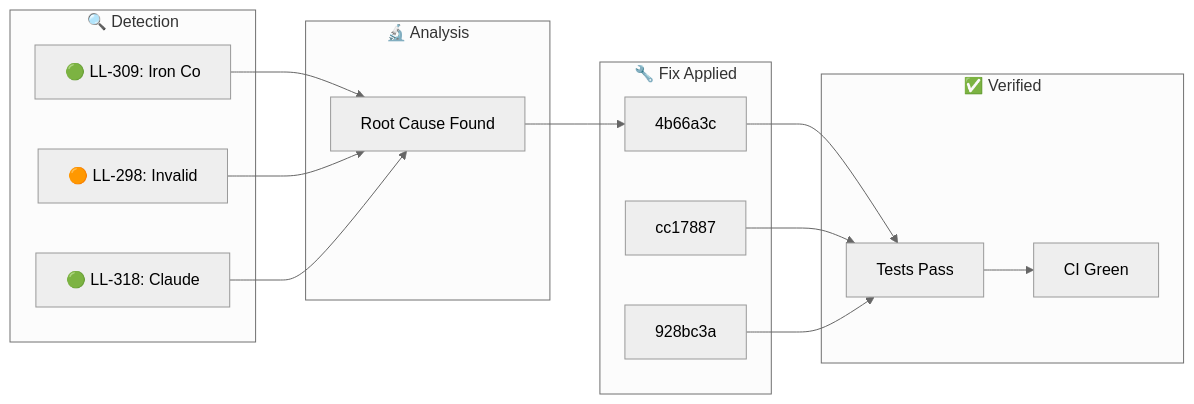
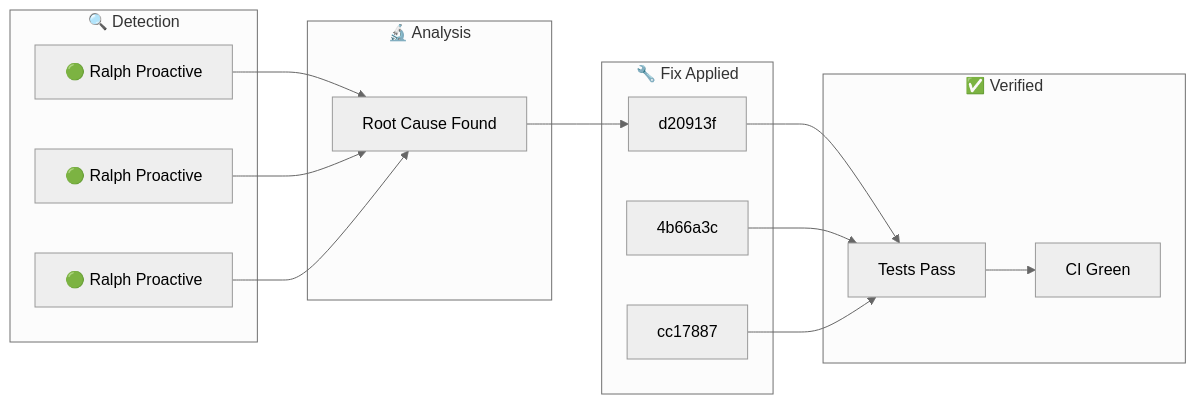
The diagram in docs/_posts/2026-01-31-ralph-discovery.md (YoByron/trading), drawn with Mermaid (neutral theme) before and after one commit. The commit also changed other lines of this file, not shown here.

Commit message:
docs(ralph): Auto-publish discovery blog post

````diff
--- a/docs/_posts/2026-01-31-ralph-discovery.md
+++ b/docs/_posts/2026-01-31-ralph-discovery.md
@@ -17,28 +17,28 @@
 ```mermaid
 flowchart LR
     subgraph Detection["🔍 Detection"]
-        D1["🟢 LL-309: Iron Co"]
-        D2["🟠 LL-298: Invalid"]
-        D3["🟢 LL-318: Claude "]
+        D1["🟢 Ralph Proactive"]
+        D2["🟢 Ralph Proactive"]
+        D3["🟢 Ralph Proactive"]
     end
     subgraph Analysis["🔬 Analysis"]
         A1["Root Cause Found"]
     end
     subgraph Fix["🔧 Fix Applied"]
-        F1["4b66a3c"]
-        F2["cc17887"]
-        F3["928bc3a"]
+        F1["d20913f"]
+        F2["4b66a3c"]
+        F3["cc17887"]
     end
     subgraph Verify["✅ Verified"]
         V1["Tests Pass"]
         V2["CI Green"]
     end
     D1 --> A1
     D2 --> A1
     D3 --> A1
     A1 --> F1
     F1 --> V1
     F2 --> V1
     F3 --> V1
     V1 --> V2
 ```
````
